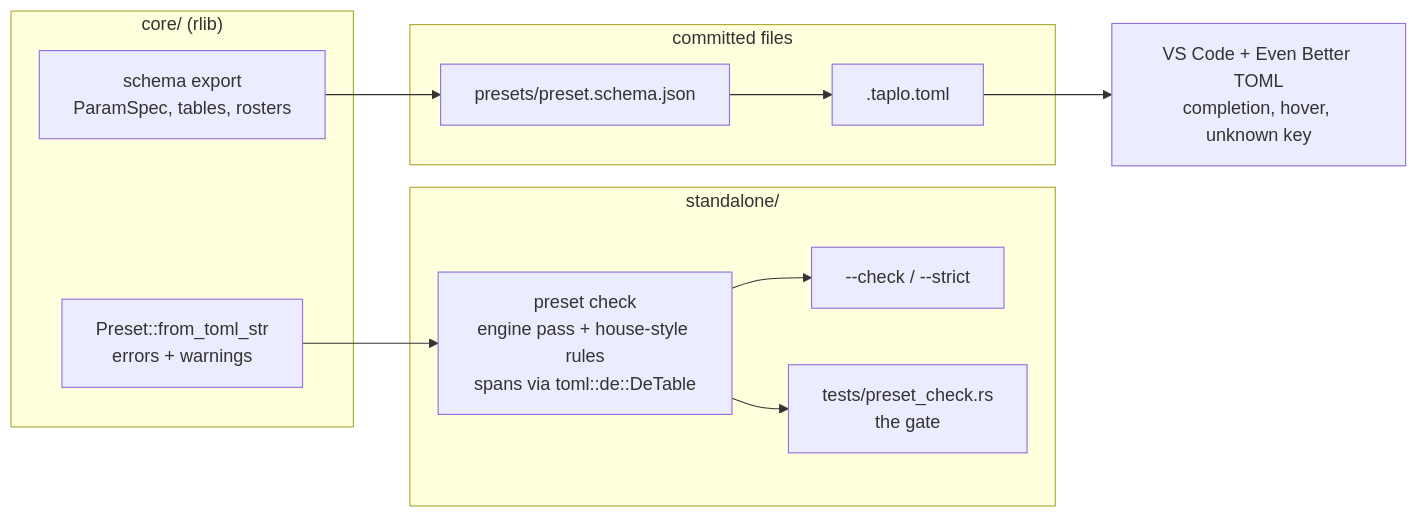
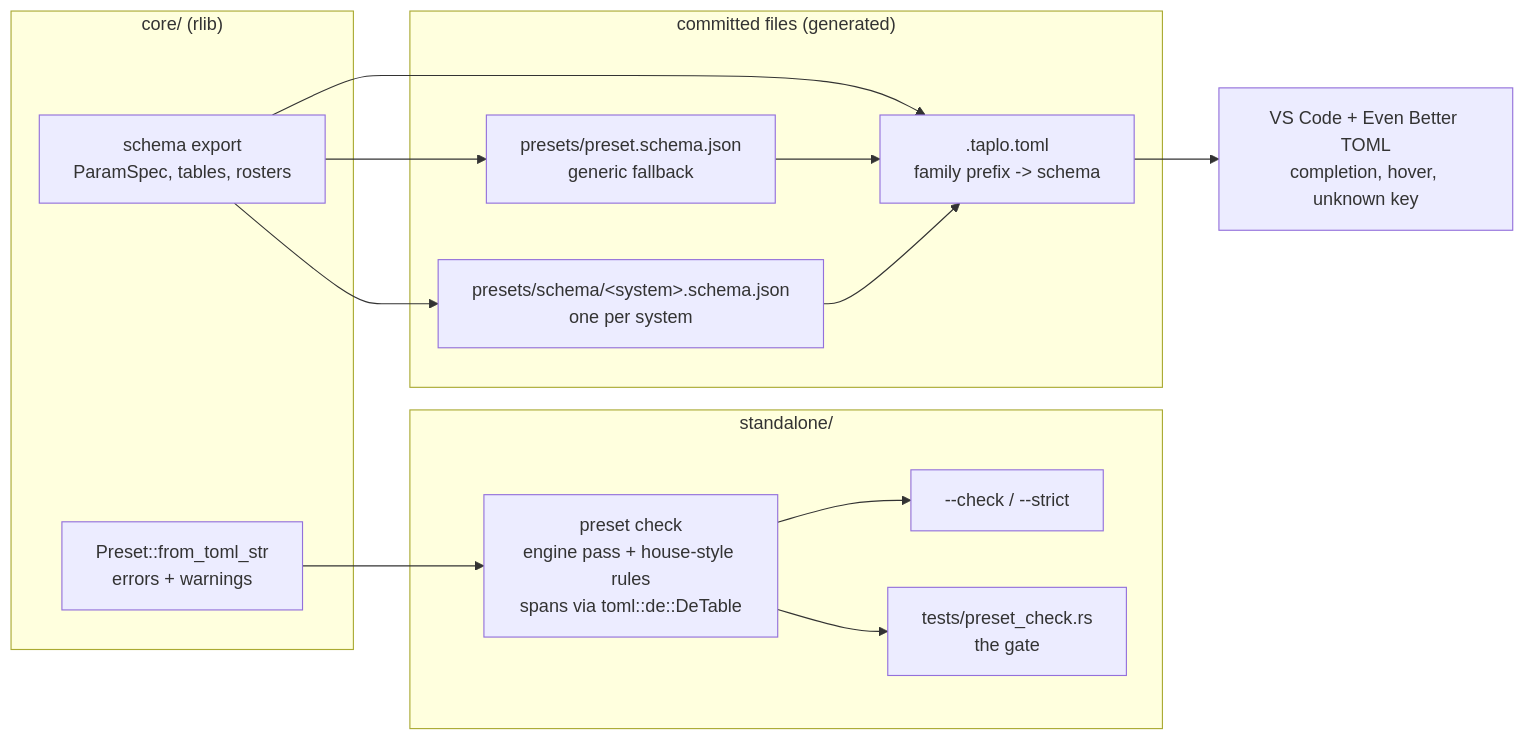
The diagram in docs/plans/0169-a-preset-is-checked-before-it-is-rendered.md (IgorKonovalov/Ritmolux), drawn with Mermaid before and after one commit. The commit also changed other lines of this file and 2 other files, not shown here.

First line of the commit message:
docs(plans): amend 0169 to one editor schema per system after Phase 4 failed

````diff
--- a/docs/plans/0169-a-preset-is-checked-before-it-is-rendered.md
+++ b/docs/plans/0169-a-preset-is-checked-before-it-is-rendered.md
@@ -59,21 +66,25 @@
 ```mermaid
 flowchart LR
     subgraph core["core/ (rlib)"]
         L["Preset::from_toml_str<br/>errors + warnings"]
         X["schema export<br/>ParamSpec, tables, rosters"]
     end
     subgraph standalone["standalone/"]
         C["preset check<br/>engine pass + house-style rules<br/>spans via toml::de::DeTable"]
         F["--check / --strict"]
         T["tests/preset_check.rs<br/>the gate"]
     end
-    subgraph repo["committed files"]
-        J["presets/preset.schema.json"]
-        TP[".taplo.toml"]
+    subgraph repo["committed files (generated)"]
+        J["presets/preset.schema.json<br/>generic fallback"]
+        JS["presets/schema/&lt;system&gt;.schema.json<br/>one per system"]
+        TP[".taplo.toml<br/>family prefix -> schema"]
     end
     X --> J
+    X --> JS
+    X --> TP
     L --> C
     C --> F
     C --> T
-    J --> TP --> E["VS Code + Even Better TOML<br/>completion, hover, unknown key"]
+    J --> TP
+    JS --> TP --> E["VS Code + Even Better TOML<br/>completion, hover, unknown key"]
 ```
````
